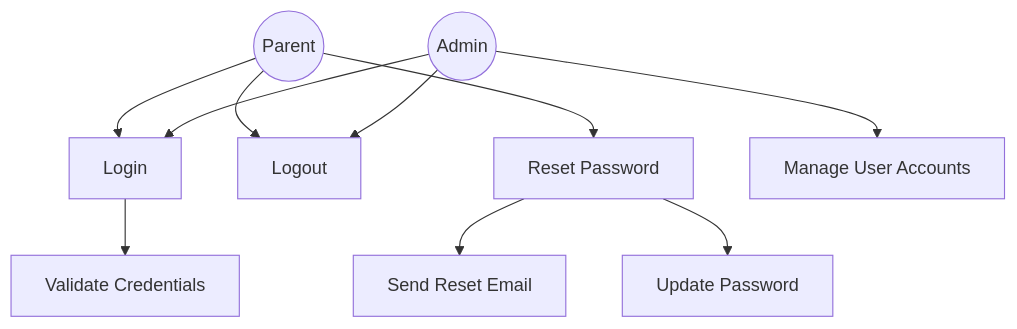
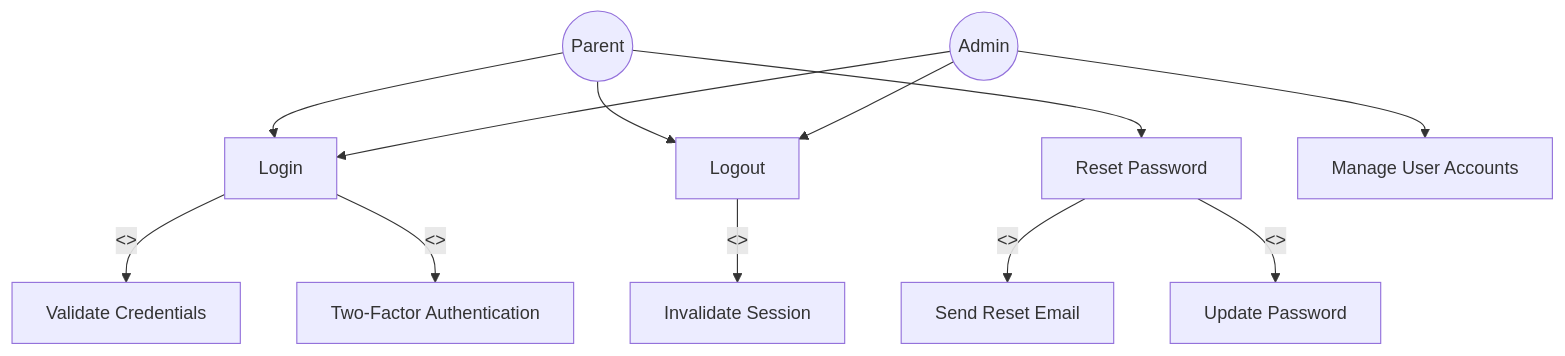
The first of 18 diagrams in diagrams.md (TongYwen/childfyp5), drawn with Mermaid before and after one commit. The commit also changed other lines of this file, not shown here.

First line of the commit message:
Add UML <<include>> and <<extend>> relationships to all Use Case Diagrams

````diff
--- a/diagrams.md
+++ b/diagrams.md
@@ -6,17 +6,21 @@
 ```mermaid
 graph TD
     Parent((Parent))
     Admin((Admin))
 
     Parent --> Login[Login]
     Parent --> Logout[Logout]
     Parent --> ResetPassword[Reset Password]
 
     Admin --> Login
     Admin --> Logout
     Admin --> ManageUsers[Manage User Accounts]
 
-    Login --> ValidateCredentials[Validate Credentials]
-    ResetPassword --> SendEmail[Send Reset Email]
-    ResetPassword --> UpdatePassword[Update Password]
+    Login -->|<<include>>| ValidateCredentials[Validate Credentials]
+    Login -->|<<extend>>| TwoFactorAuth[Two-Factor Authentication]
+
+    ResetPassword -->|<<include>>| SendEmail[Send Reset Email]
+    ResetPassword -->|<<include>>| UpdatePassword[Update Password]
+
+    Logout -->|<<include>>| InvalidateSession[Invalidate Session]
 ```
````
